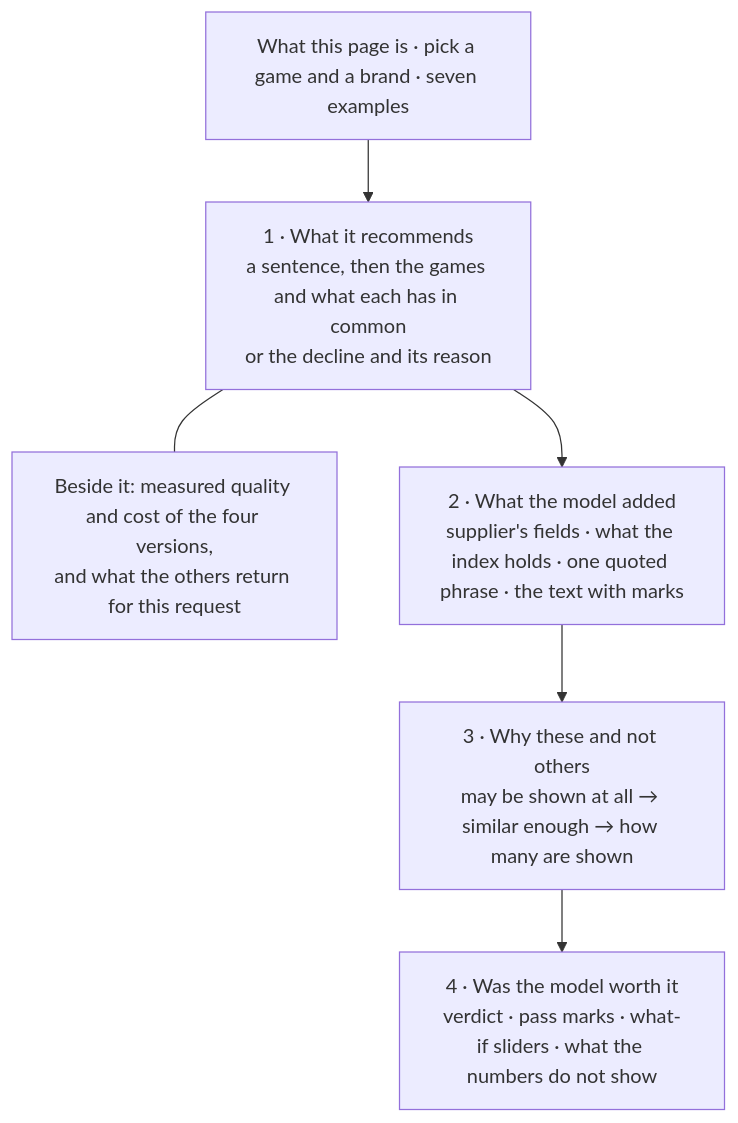
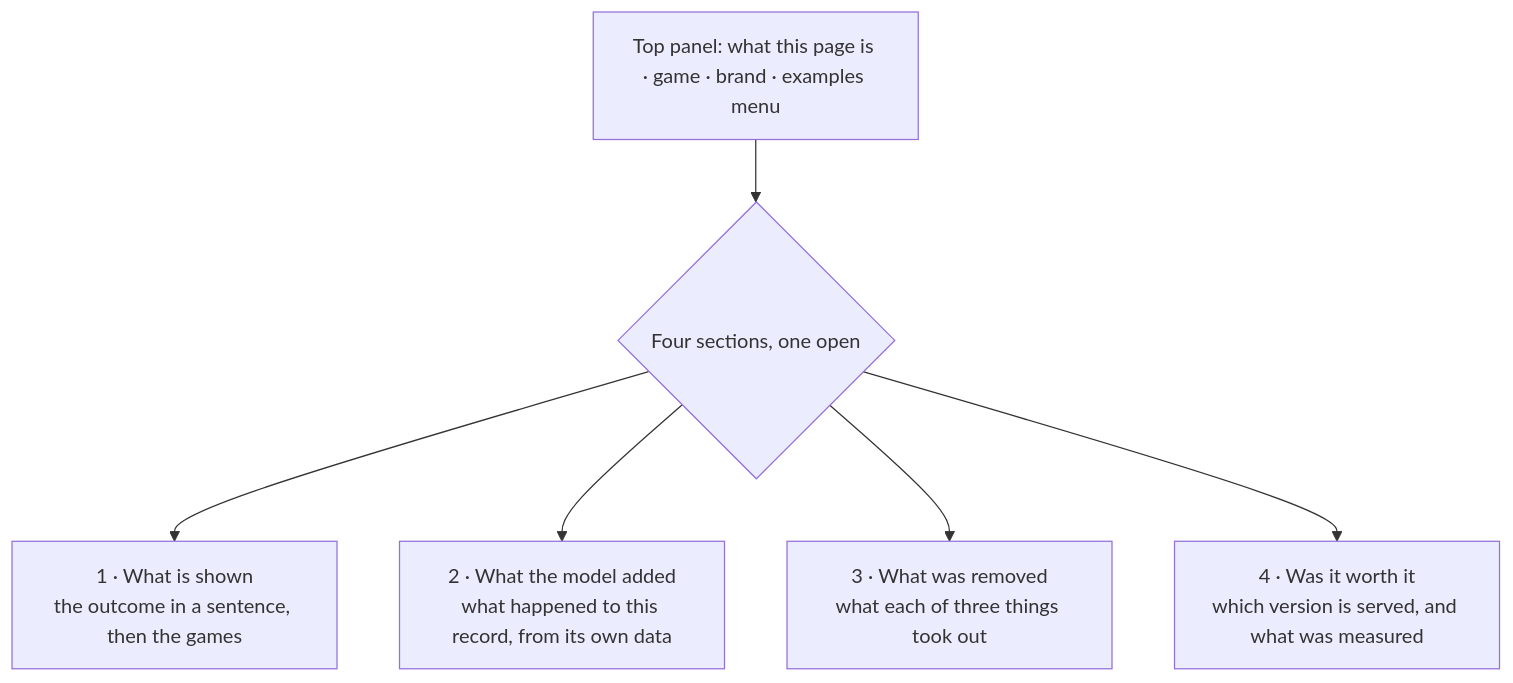
One commit to AndriiPasternak31/because-you-played changed the diagram in docs/features/interface.md. Above: the diagram before and after it, drawn with Mermaid. The commit also changed other lines of this file and 33 other files, not shown here.

First line of the commit message:
docs(console): describe the four-section page, remove the screenshots, and end the review sentence at the window size

````diff
--- a/docs/features/interface.md
+++ b/docs/features/interface.md
@@ -9,8 +9,8 @@
 ```mermaid
 flowchart TD
-  H["What this page is · pick a game and a brand · seven examples"] --> A
-  A["1 · What it recommends<br/>a sentence, then the games and what each has in common<br/>or the decline and its reason"] --- W["Beside it: measured quality and cost of the four versions,<br/>and what the others return for this request"]
-  A --> B["2 · What the model added<br/>supplier's fields · what the index holds · one quoted phrase · the text with marks"]
-  B --> C["3 · Why these and not others<br/>may be shown at all → similar enough → how many are shown"]
-  C --> D["4 · Was the model worth it<br/>verdict · pass marks · what-if sliders · what the numbers do not show"]
+  P["Top panel: what this page is · game · brand · examples menu"] --> T
+  T{"Four sections, one open"} --> A["1 · What is shown<br/>the outcome in a sentence, then the games"]
+  T --> B["2 · What the model added<br/>what happened to this record, from its own data"]
+  T --> C["3 · What was removed<br/>what each of three things took out"]
+  T --> D["4 · Was it worth it<br/>which version is served, and what was measured"]
 ```
````
